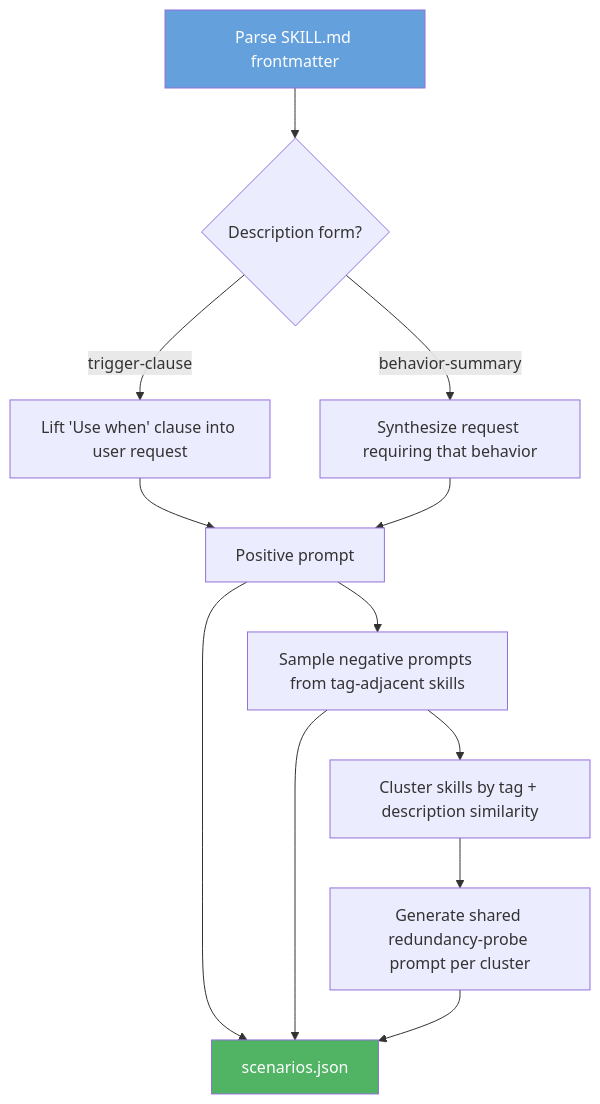
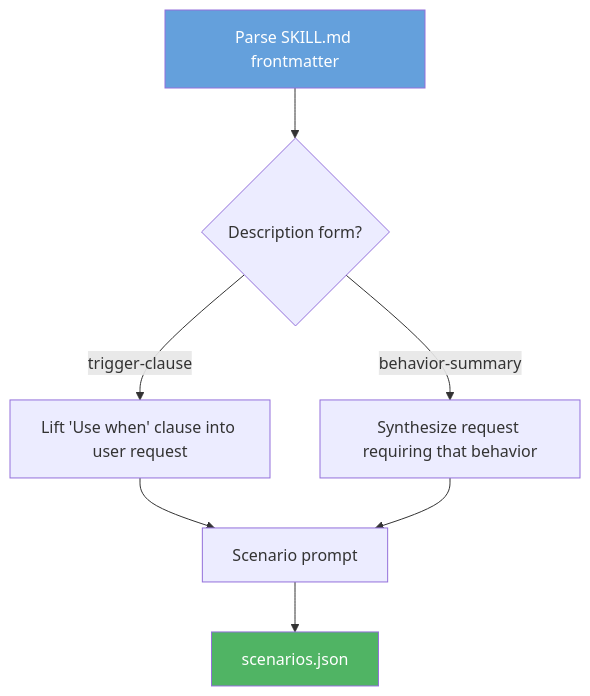
The second of 4 diagrams in .konductor/designs/benchmarking/design.md (aws-solutions/konductor), drawn with Mermaid before and after one commit. The commit also changed other lines of this file, not shown here.

````diff
--- a/.konductor/designs/benchmarking/design.md
+++ b/.konductor/designs/benchmarking/design.md
@@ -102,17 +83,12 @@
 ```mermaid
 flowchart TD
     A[Parse SKILL.md frontmatter] --> B{Description form?}
     B -->|trigger-clause| C[Lift 'Use when' clause into user request]
     B -->|behavior-summary| D[Synthesize request requiring that behavior]
-    C --> E[Positive prompt]
+    C --> E[Scenario prompt]
     D --> E
-    E --> F[Sample negative prompts from tag-adjacent skills]
-    F --> G[Cluster skills by tag + description similarity]
-    G --> H[Generate shared redundancy-probe prompt per cluster]
-    E --> I[scenarios.json]
-    F --> I
-    H --> I
+    E --> F[scenarios.json]
 
     style A fill:#64a0dc,color:#fff
-    style I fill:#50b464,color:#fff
+    style F fill:#50b464,color:#fff
 ```
````
